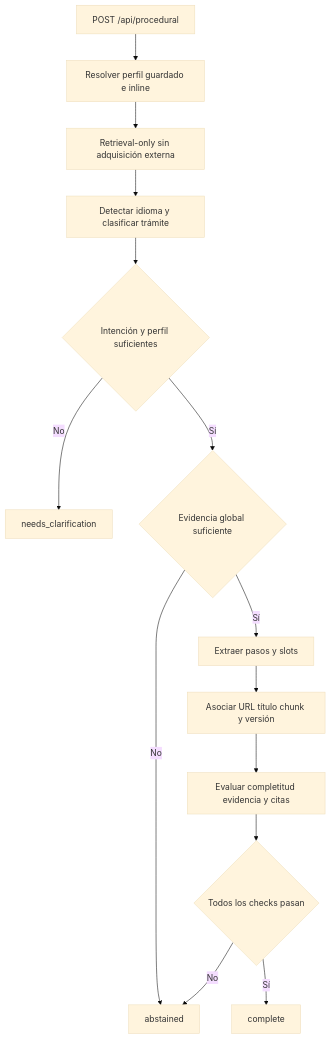
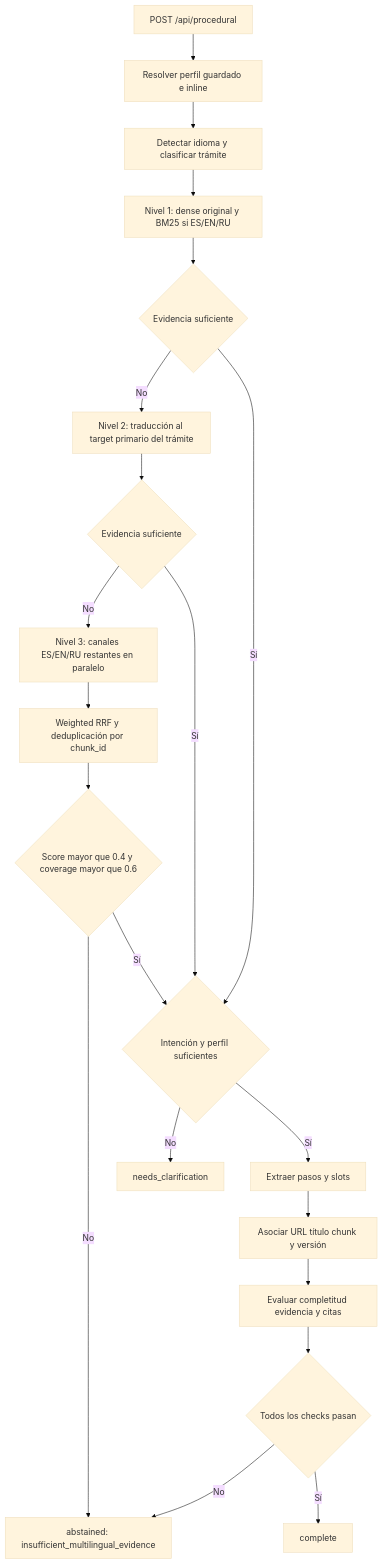
The diagram in docs/procedural-recommendations-architecture.md (JoanTarazona99/unirIntegracionCultural), drawn with Mermaid (base theme) before and after one commit. The commit also changed other lines of this file and 11 other files, not shown here.

````diff
--- a/docs/procedural-recommendations-architecture.md
+++ b/docs/procedural-recommendations-architecture.md
@@ -9,16 +9,23 @@
 ```mermaid
 flowchart TD
     A[POST /api/procedural] --> B[Resolver perfil guardado e inline]
-    B --> C[Retrieval-only sin adquisición externa]
-    C --> D[Detectar idioma y clasificar trámite]
-    D --> E{Intención y perfil suficientes}
+  B --> C[Detectar idioma y clasificar trámite]
+  C --> D[Nivel 1: dense original y BM25 si ES/EN/RU]
+  D --> D1{Evidencia suficiente}
+  D1 -- No --> D2[Nivel 2: traducción al target primario del trámite]
+  D2 --> D3{Evidencia suficiente}
+  D3 -- No --> D4[Nivel 3: canales ES/EN/RU restantes en paralelo]
+  D4 --> D5[Weighted RRF y deduplicación por chunk_id]
+  D5 --> D6{Score mayor que 0.4 y coverage mayor que 0.6}
+  D6 -- No --> H[abstained: insufficient_multilingual_evidence]
+  D1 -- Sí --> E{Intención y perfil suficientes}
+  D3 -- Sí --> E
+  D6 -- Sí --> E
     E -- No --> F[needs_clarification]
-    E -- Sí --> G{Evidencia global suficiente}
-    G -- No --> H[abstained]
-    G -- Sí --> I[Extraer pasos y slots]
+  E -- Sí --> I[Extraer pasos y slots]
     I --> J[Asociar URL título chunk y versión]
     J --> K[Evaluar completitud evidencia y citas]
     K --> L{Todos los checks pasan}
     L -- No --> H
     L -- Sí --> M[complete]
 ```
````
